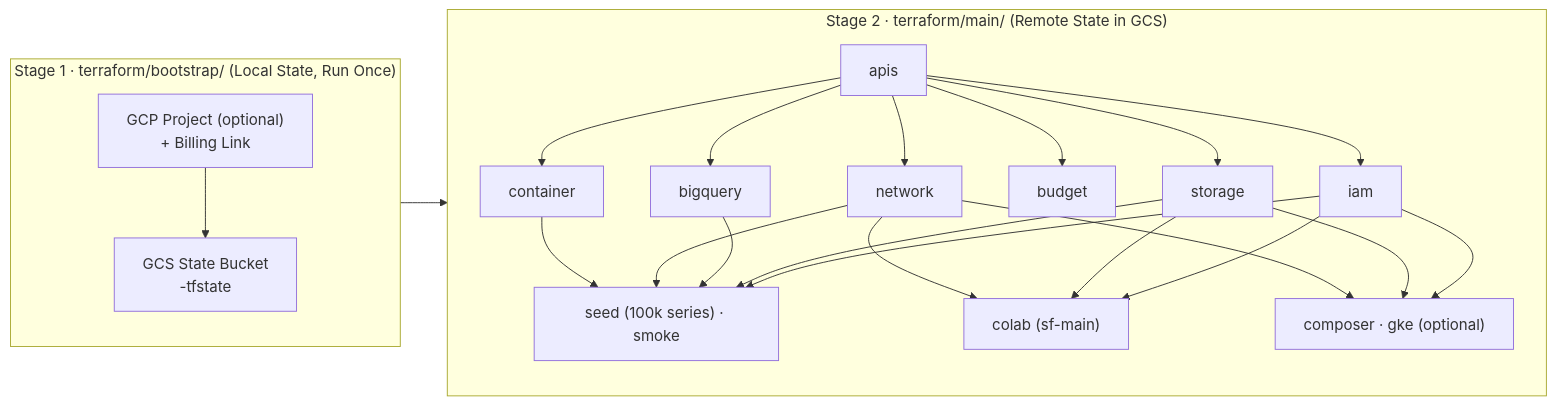
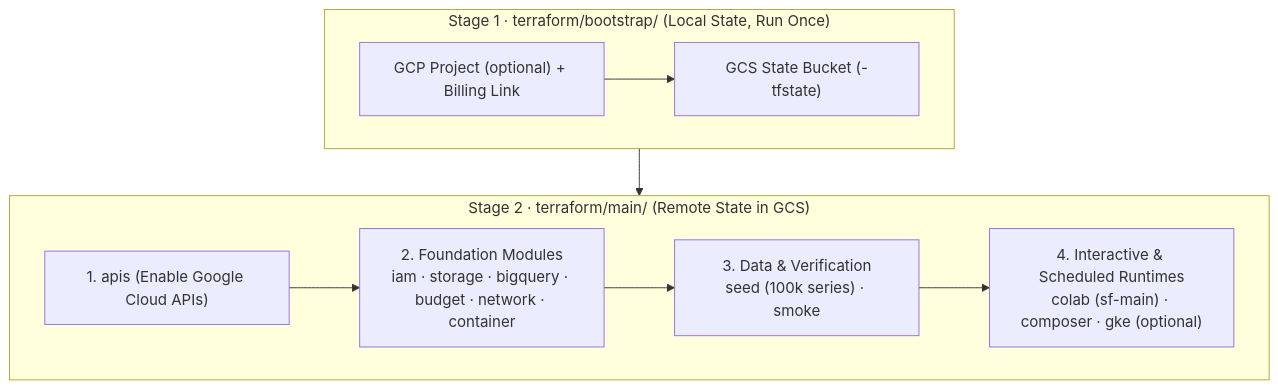
One commit to statmike/scale-forecasting changed the diagram in docs/deploying_on_gcp.md. Above: the diagram before and after it, drawn with Mermaid. The commit also changed 17 other files, not shown here.

Commit message:
docs: fix GitHub MathJax text-mode underscores, convert wide Mermaid diagrams to vertical TD, and add tripwire

````diff
--- a/docs/deploying_on_gcp.md
+++ b/docs/deploying_on_gcp.md
@@ -25,15 +25,12 @@
 ```mermaid
-flowchart LR
+flowchart TD
     subgraph Stage1["Stage 1 · terraform/bootstrap/ (Local State, Run Once)"]
-        B1["GCP Project (optional)<br/>+ Billing Link"]
-        B2["GCS State Bucket<br/><project_id>-tfstate"]
-        B1 --> B2
+        B1["GCP Project (optional) + Billing Link"] --> B2["GCS State Bucket (<project_id>-tfstate)"]
     end
     subgraph Stage2["Stage 2 · terraform/main/ (Remote State in GCS)"]
-        M_API["apis"] --> M_IAM["iam"] & M_STO["storage"] & M_BQ["bigquery"] & M_BUD["budget"] & M_NET["network"] & M_CON["container"]
-        M_IAM & M_STO & M_BQ & M_NET & M_CON --> M_SEED["seed (100k series) · smoke"]
-        M_IAM & M_STO & M_NET --> M_COLAB["colab (sf-main)"]
-        M_IAM & M_STO & M_NET --> M_COMP["composer · gke (optional)"]
+        M_API["1. apis (Enable Google Cloud APIs)"] --> M_CORE["2. Foundation Modules<br/>iam · storage · bigquery · budget · network · container"]
+        M_CORE --> M_DATA["3. Data & Verification<br/>seed (100k series) · smoke"]
+        M_DATA --> M_WORK["4. Interactive & Scheduled Runtimes<br/>colab (sf-main) · composer · gke (optional)"]
     end
     Stage1 --> Stage2
 ```
````
